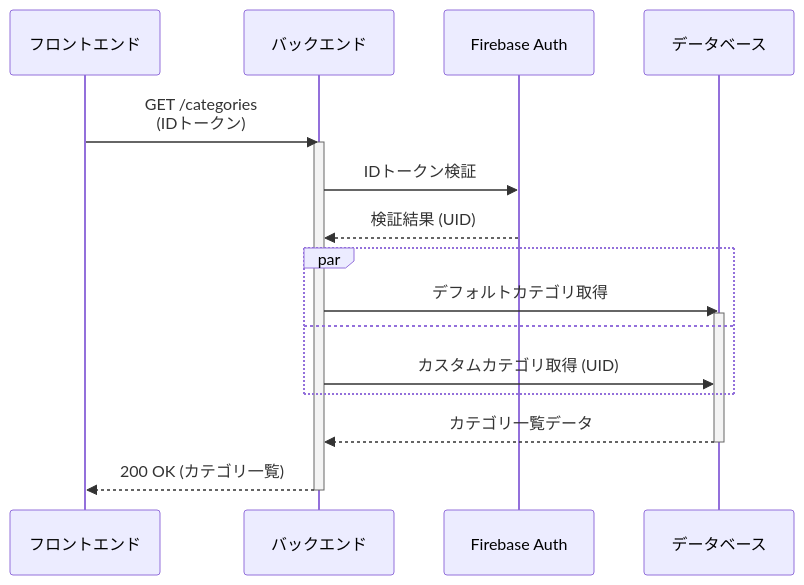
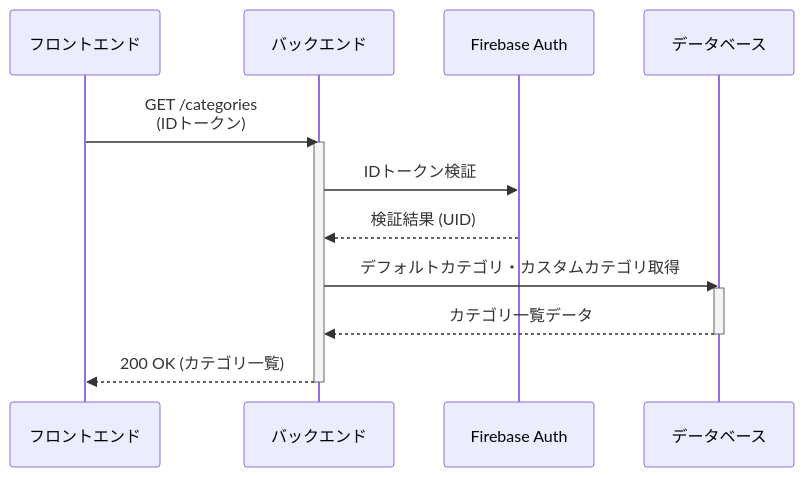
The second of 9 diagrams in doc/seaquence.md (miki-hayashi-71/inventory-api), drawn with Mermaid before and after one commit.

Commit message:
docs: Update get category list flow

````diff
--- a/doc/seaquence.md
+++ b/doc/seaquence.md
@@ -39,25 +39,20 @@
 ```mermaid
 sequenceDiagram
     participant フロントエンド
     participant バックエンド
     participant Firebase Auth
     participant データベース
 
     フロントエンド->>バックエンド: GET /categories <br> (IDトークン)
     activate バックエンド
     バックエンド->>Firebase Auth: IDトークン検証
     Firebase Auth-->>バックエンド: 検証結果 (UID)
 
-    par
-        バックエンド->>データベース: デフォルトカテゴリ取得
-        activate データベース
-    and
-        バックエンド->>データベース: カスタムカテゴリ取得 (UID)
-    end
-
+    バックエンド->>データベース: デフォルトカテゴリ・カスタムカテゴリ取得
+    activate データベース
     データベース-->>バックエンド: カテゴリ一覧データ
     deactivate データベース
 
     バックエンド-->>フロントエンド: 200 OK (カテゴリ一覧)
     deactivate バックエンド
 ```
````
